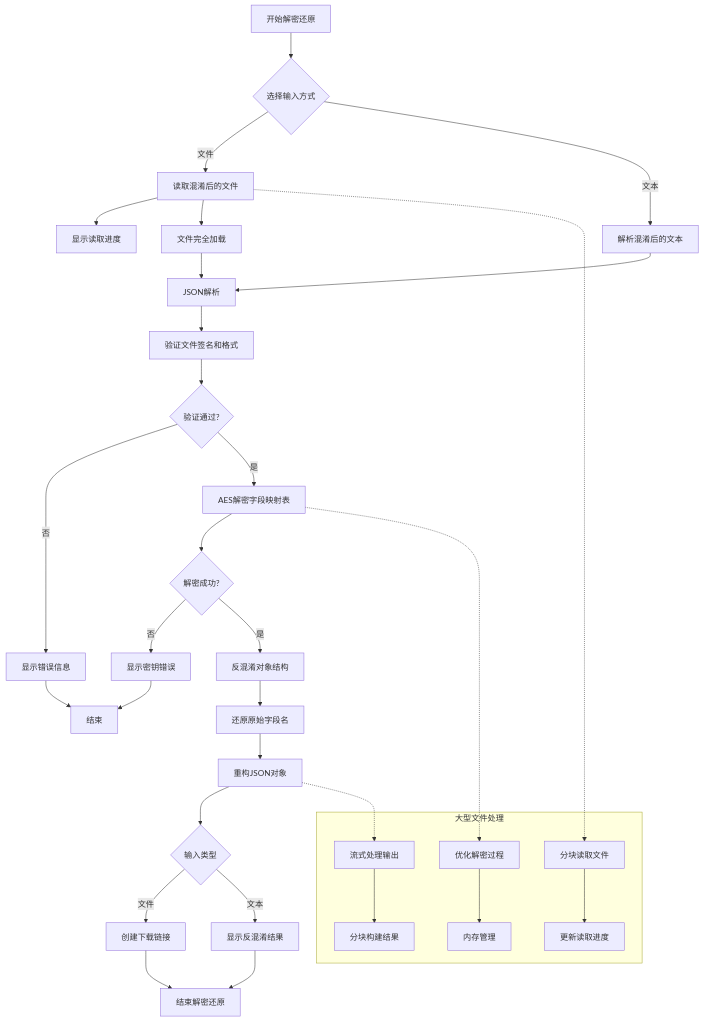
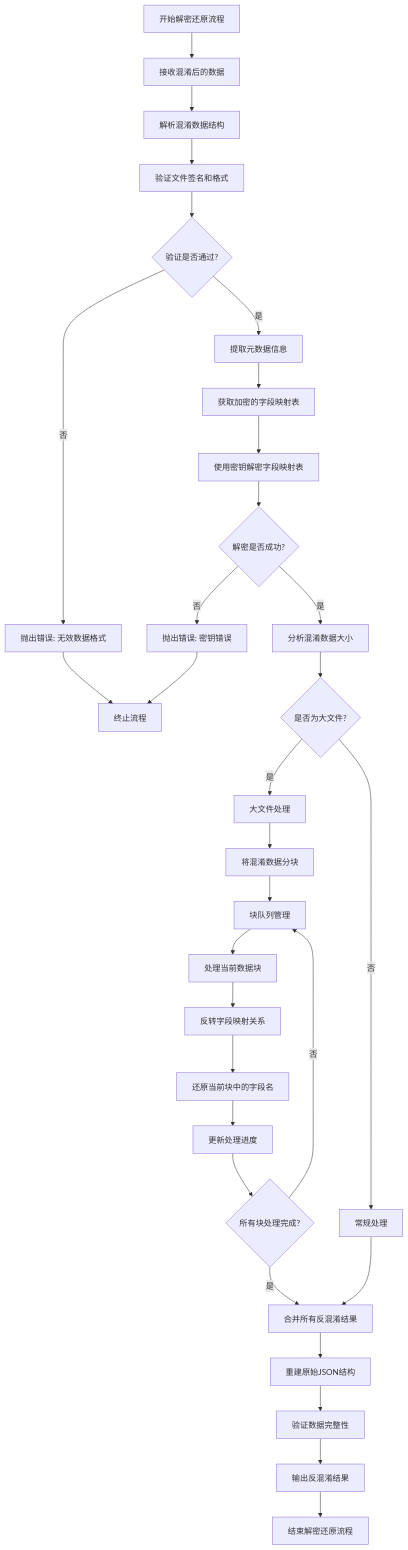
The diagram in all/未命名-43.md (yingjianzh/iodraw-files), drawn with Mermaid before and after one commit.

Commit message:
2025-04-25 15:11:36 update

````diff
--- a/all/未命名-43.md
+++ b/all/未命名-43.md
@@ -1,43 +1,44 @@
 ```mermaid
 flowchart TD
-    A[开始解密还原] --> B{选择输入方式}
-    B -->|文件| C[读取混淆后的文件]
-    B -->|文本| D[解析混淆后的文本]
+    A[开始解密还原流程] --> B[接收混淆后的数据]
     
-    C --> E[显示读取进度]
-    C --> F[文件完全加载]
-    F --> G[JSON解析]
+    B --> C[解析混淆数据结构]
+    C --> D[验证文件签名和格式]
     
-    D --> G
+    D --> E{验证是否通过?}
+    E -->|否| F[抛出错误: 无效数据格式]
+    F --> Z[终止流程]
     
-    G --> H[验证文件签名和格式]
-    H --> I{验证通过?}
-    I -->|否| J[显示错误信息]
-    J --> Z[结束]
+    E -->|是| G[提取元数据信息]
+    G --> H[获取加密的字段映射表]
+    H --> I[使用密钥解密字段映射表]
     
-    I -->|是| K[AES解密字段映射表]
-    K --> L{解密成功?}
-    L -->|否| M[显示密钥错误]
-    M --> Z
+    I --> J{解密是否成功?}
+    J -->|否| K[抛出错误: 密钥错误]
+    K --> Z
     
-    L -->|是| N[反混淆对象结构]
-    N --> O[还原原始字段名]
-    O --> P[重构JSON对象]
+    J -->|是| L[分析混淆数据大小]
+    L --> M{是否为大文件?}
     
-    P --> Q{输入类型}
-    Q -->|文件| R[创建下载链接]
-    Q -->|文本| S[显示反混淆结果]
+    M -->|否| N[常规处理]
+    M -->|是| O[大文件处理]
     
-    R --> T[结束解密还原]
-    S --> T
+    O --> O1[将混淆数据分块]
+    O1 --> O2[块队列管理]
     
-    subgraph 大型文件处理
-        C1[分块读取文件] --> C2[更新读取进度]
-        K1[优化解密过程] --> K2[内存管理]
-        P1[流式处理输出] --> P2[分块构建结果]
-    end
+    O2 --> P[处理当前数据块]
+    P --> Q[反转字段映射关系]
+    Q --> R[还原当前块中的字段名]
+    R --> S[更新处理进度]
+    S --> T{所有块处理完成?}
+    T -->|否| O2
     
-    C -.-> C1
-    K -.-> K1
-    P -.-> P1
+    T -->|是| U[合并所有反混淆结果]
+    N --> U
+    
+    U --> V[重建原始JSON结构]
+    V --> W[验证数据完整性]
+    
+    W --> X[输出反混淆结果]
+    X --> Y[结束解密还原流程]
 ```
````
